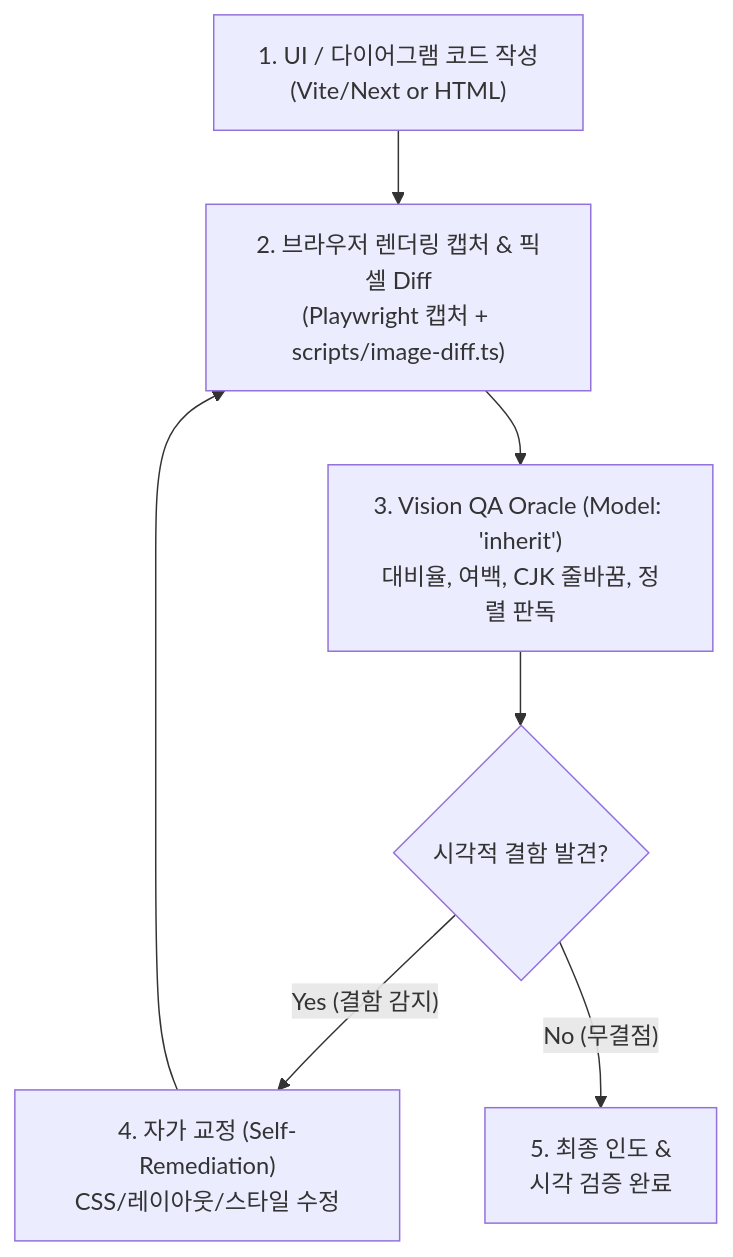
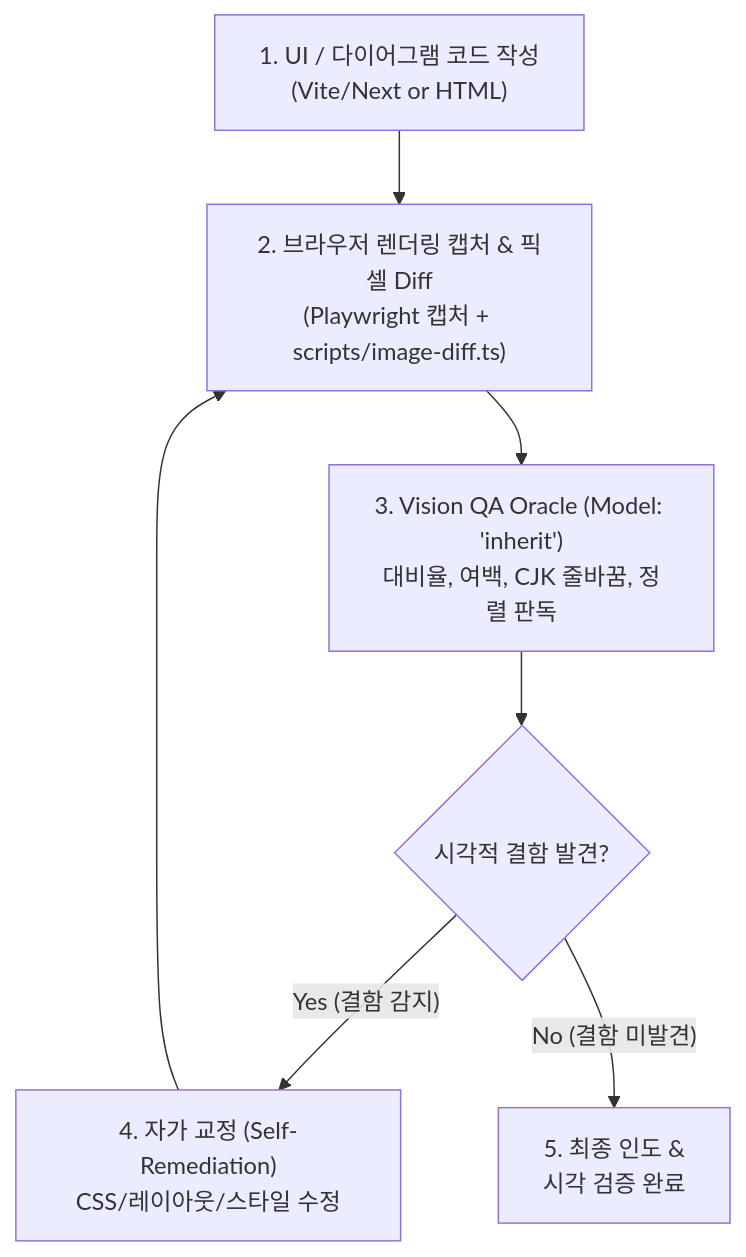
Before and after one commit to daeryundf2-prog/lazyargon: the diagram in skills/visual-qa/references/ui-loopback.md, drawn with Mermaid. The commit also changed 1 other file, not shown here.

Commit message:
docs(trust): drop '무결점' labels from verify flow diagrams

````diff
--- a/skills/visual-qa/references/ui-loopback.md
+++ b/skills/visual-qa/references/ui-loopback.md
@@ -10,9 +10,9 @@
 ```mermaid
 flowchart TD
     Code["1. UI / 다이어그램 코드 작성<br/>(Vite/Next or HTML)"] --> Render["2. 브라우저 렌더링 캡처 & 픽셀 Diff<br/>(Playwright 캡처 + scripts/image-diff.ts)"]
     Render --> Vision["3. Vision QA Oracle (Model: 'inherit')<br/>대비율, 여백, CJK 줄바꿈, 정렬 판독"]
     Vision --> Check{"시각적 결함 발견?"}
     Check -- "Yes (결함 감지)" --> Fix["4. 자가 교정 (Self-Remediation)<br/>CSS/레이아웃/스타일 수정"]
     Fix --> Render
-    Check -- "No (무결점)" --> Done["5. 최종 인도 &<br/>시각 검증 완료"]
+    Check -- "No (결함 미발견)" --> Done["5. 최종 인도 &<br/>시각 검증 완료"]
 ```
````
